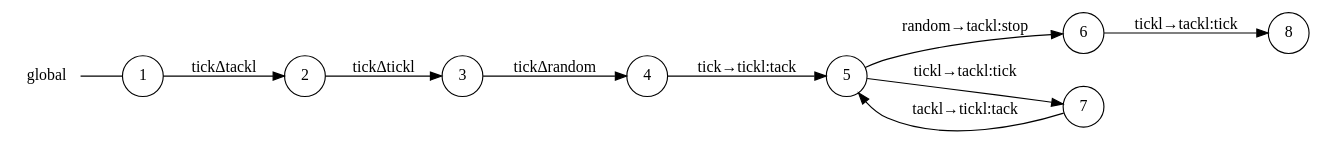
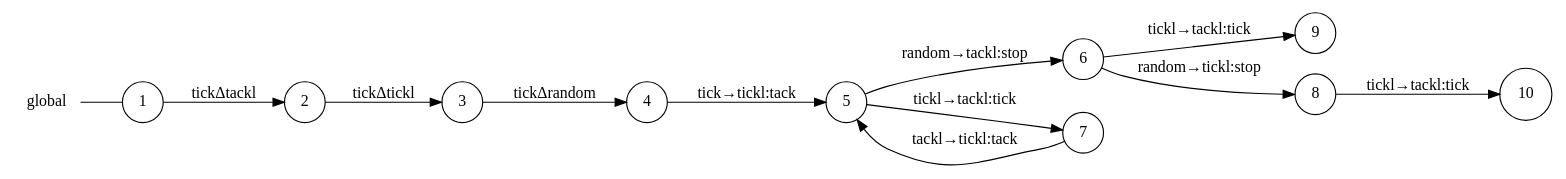
One commit to gabrielegenovese/chorer changed the diagram in example/ticktack/tick_global_view.dot. Above: the diagram before and after it, drawn with Graphviz. The commit also changed 10 other files, not shown here.

```diff
--- a/example/ticktack/tick_global_view.dot
+++ b/example/ticktack/tick_global_view.dot
@@ -1,22 +1,26 @@
 digraph global {
 	rankdir="LR";
 	n_0 [label="global", shape="plaintext"];
 	n_1 [id="5", shape=circle, label="5"];
 	n_2 [id="6", shape=circle, label="6"];
-	n_3 [id="1", shape=circle, label="1"];
-	n_0 -> n_3 [arrowhead=none];
-	n_4 [id="2", shape=circle, label="2"];
-	n_5 [id="8", shape=circle, label="8"];
-	n_6 [id="4", shape=circle, label="4"];
-	n_7 [id="7", shape=circle, label="7"];
-	n_8 [id="3", shape=circle, label="3"];
+	n_3 [id="10", shape=circle, label="10"];
+	n_4 [id="1", shape=circle, label="1"];
+	n_0 -> n_4 [arrowhead=none];
+	n_5 [id="9", shape=circle, label="9"];
+	n_6 [id="2", shape=circle, label="2"];
+	n_7 [id="8", shape=circle, label="8"];
+	n_8 [id="4", shape=circle, label="4"];
+	n_9 [id="7", shape=circle, label="7"];
+	n_10 [id="3", shape=circle, label="3"];
 
-	n_4 -> n_8 [id="[$e|1]", label="tickΔtickl"];
-	n_6 -> n_1 [id="[$e|3]", label="tick→tickl:tack"];
-	n_2 -> n_5 [id="[$e|6]", label="tickl→tackl:tick"];
-	n_7 -> n_1 [id="[$e|7]", label="tackl→tickl:tack"];
-	n_1 -> n_7 [id="[$e|5]", label="tickl→tackl:tick"];
-	n_3 -> n_4 [id="[$e|0]", label="tickΔtackl"];
+	n_6 -> n_10 [id="[$e|1]", label="tickΔtickl"];
+	n_8 -> n_1 [id="[$e|3]", label="tick→tickl:tack"];
+	n_2 -> n_7 [id="[$e|6]", label="random→tickl:stop"];
+	n_2 -> n_5 [id="[$e|7]", label="tickl→tackl:tick"];
+	n_1 -> n_9 [id="[$e|5]", label="tickl→tackl:tick"];
+	n_4 -> n_6 [id="[$e|0]", label="tickΔtackl"];
+	n_7 -> n_3 [id="[$e|8]", label="tickl→tackl:tick"];
 	n_1 -> n_2 [id="[$e|4]", label="random→tackl:stop"];
-	n_8 -> n_6 [id="[$e|2]", label="tickΔrandom"];
+	n_10 -> n_8 [id="[$e|2]", label="tickΔrandom"];
+	n_9 -> n_1 [id="[$e|9]", label="tackl→tickl:tack"];
 }
```
